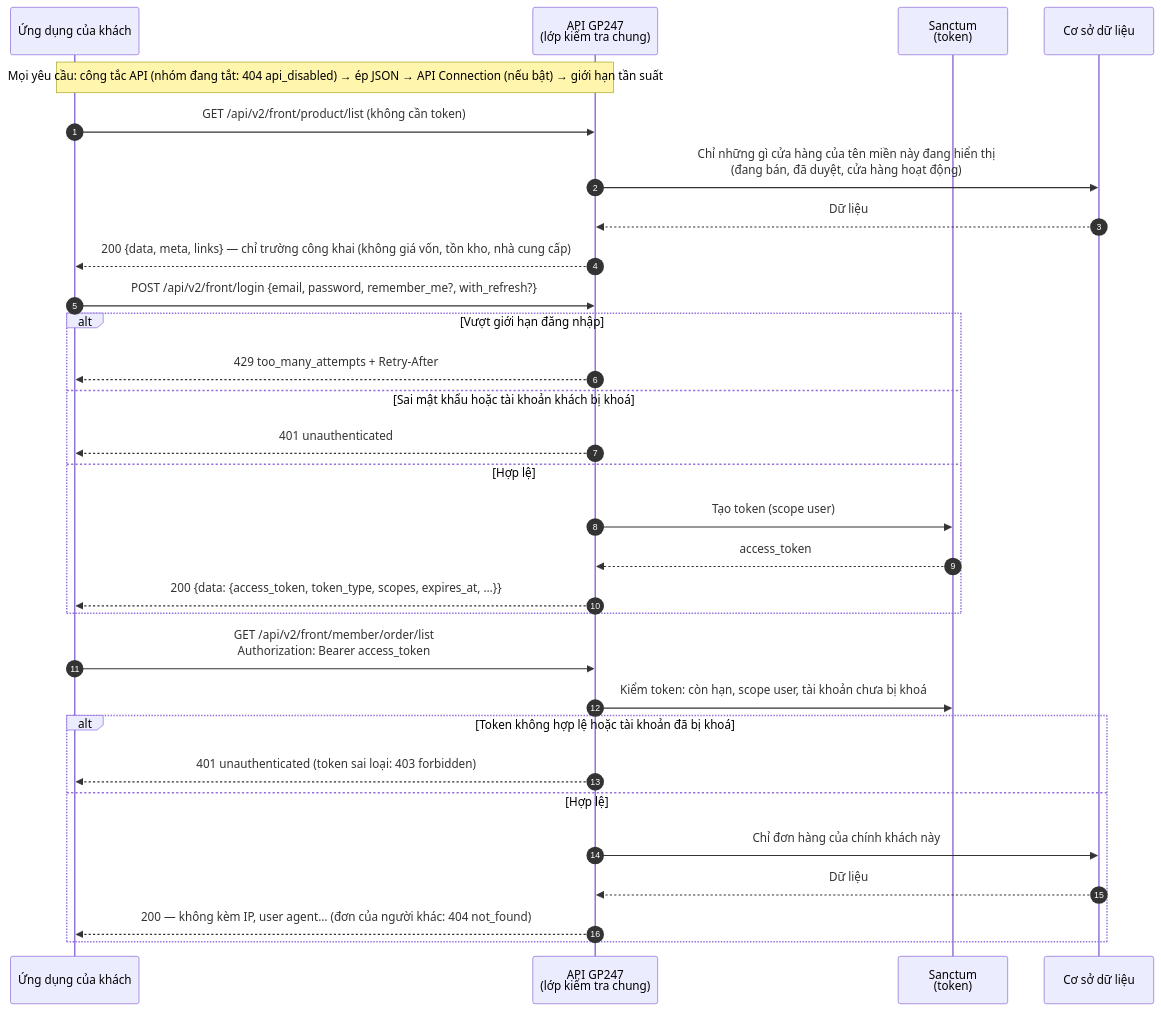
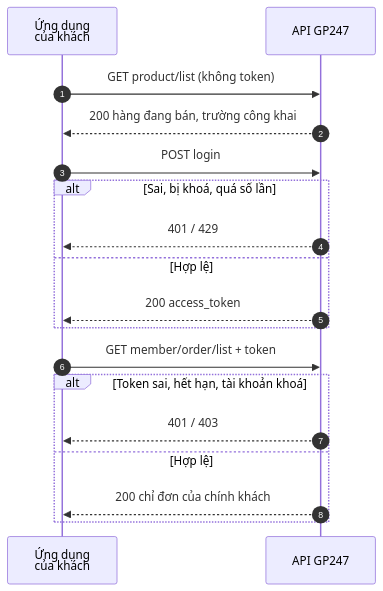
Before and after one commit to gp247net/gp247-docs: the first of 5 diagrams in api/api-storefront_vi.md, drawn with Mermaid. The commit also changed other lines of this file and 44 other files, not shown here.

First line of the commit message:
docs: redraw oversized diagrams in security, API and MCP docs (vi/en/ja)

````diff
--- a/api/api-storefront_vi.md
+++ b/api/api-storefront_vi.md
@@ -20,32 +21,20 @@
 ```mermaid
 sequenceDiagram
     autonumber
-    participant K as Ứng dụng của khách
-    participant M as API GP247<br/>(lớp kiểm tra chung)
-    participant S as Sanctum<br/>(token)
-    participant D as Cơ sở dữ liệu
-    Note over K,M: Mọi yêu cầu: công tắc API (nhóm đang tắt: 404 api_disabled) → ép JSON → API Connection (nếu bật) → giới hạn tần suất
-    K->>M: GET /api/v2/front/product/list (không cần token)
-    M->>D: Chỉ những gì cửa hàng của tên miền này đang hiển thị<br/>(đang bán, đã duyệt, cửa hàng hoạt động)
-    D-->>M: Dữ liệu
-    M-->>K: 200 {data, meta, links} — chỉ trường công khai (không giá vốn, tồn kho, nhà cung cấp)
-    K->>M: POST /api/v2/front/login {email, password, remember_me?, with_refresh?}
-    alt Vượt giới hạn đăng nhập
-        M-->>K: 429 too_many_attempts + Retry-After
-    else Sai mật khẩu hoặc tài khoản khách bị khoá
-        M-->>K: 401 unauthenticated
+    participant K as Ứng dụng<br/>của khách
+    participant M as API GP247
+    K->>M: GET product/list (không token)
+    M-->>K: 200 hàng đang bán, trường công khai
+    K->>M: POST login
+    alt Sai, bị khoá, quá số lần
+        M-->>K: 401 / 429
     else Hợp lệ
-        M->>S: Tạo token (scope user)
-        S-->>M: access_token
-        M-->>K: 200 {data: {access_token, token_type, scopes, expires_at, …}}
+        M-->>K: 200 access_token
     end
-    K->>M: GET /api/v2/front/member/order/list<br/>Authorization: Bearer access_token
-    M->>S: Kiểm token: còn hạn, scope user, tài khoản chưa bị khoá
-    alt Token không hợp lệ hoặc tài khoản đã bị khoá
-        M-->>K: 401 unauthenticated (token sai loại: 403 forbidden)
+    K->>M: GET member/order/list + token
+    alt Token sai, hết hạn, tài khoản khoá
+        M-->>K: 401 / 403
     else Hợp lệ
-        M->>D: Chỉ đơn hàng của chính khách này
-        D-->>M: Dữ liệu
-        M-->>K: 200 — không kèm IP, user agent… (đơn của người khác: 404 not_found)
+        M-->>K: 200 chỉ đơn của chính khách
     end
 ```
````
